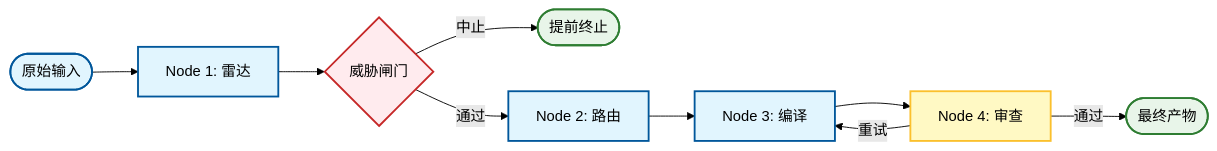
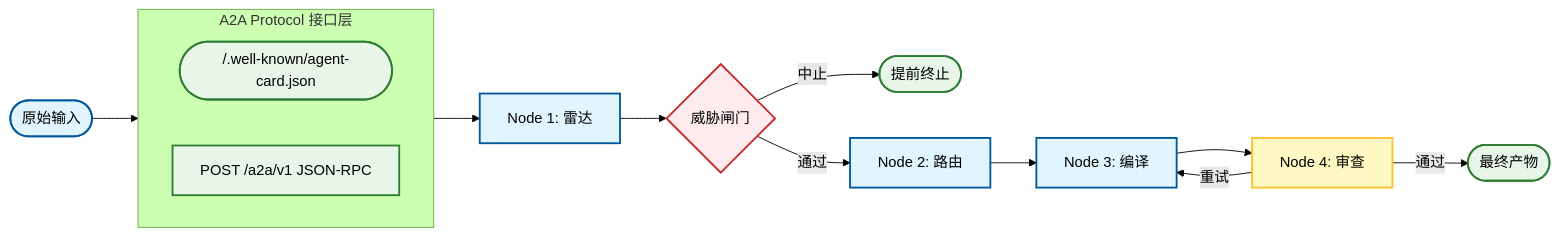
Before and after one commit to RimmonXIA/Prompt_Polisher: the diagram in README.zh.md, drawn with Mermaid (forest theme). The commit also changed other lines of this file and 1 other file, not shown here.

Commit message:
feat: add A2A protocol support, documentation, and service mode to READMEs

````diff
--- a/README.zh.md
+++ b/README.zh.md
@@ -26,21 +27,29 @@
 ```mermaid
 graph LR
     classDef node fill:#e1f5fe,stroke:#01579b,stroke-width:2px;
     classDef critic fill:#fff9c4,stroke:#fbc02d,stroke-width:2px;
     classDef gate fill:#ffebee,stroke:#c62828,stroke-width:2px;
     classDef output fill:#e8f5e9,stroke:#2e7d32,stroke-width:2px;
 
-    Raw([原始输入]) --> Radar[Node 1: 雷达]
+    subgraph A2A_Interface [A2A Protocol 接口层]
+        direction LR
+        Discovery([/.well-known/agent-card.json])
+        JSONRPC[POST /a2a/v1 JSON-RPC]
+    end
+
+    Raw([原始输入]) --> JSONRPC
+    JSONRPC --> Radar[Node 1: 雷达]
     Radar --> Gate{威胁闸门}
     Gate -->|中止| Stop([提前终止])
     Gate -->|通过| Route[Node 2: 路由]
     Route --> Compile[Node 3: 编译]
     Compile --> Critic[Node 4: 审查]
     Critic -->|重试| Compile
     Critic -->|通过| Final([最终产物])
 
     class Radar,Route,Compile node;
     class Critic critic;
     class Gate gate;
     class Stop,Final output;
+    class Discovery,JSONRPC output;
 ```
````
